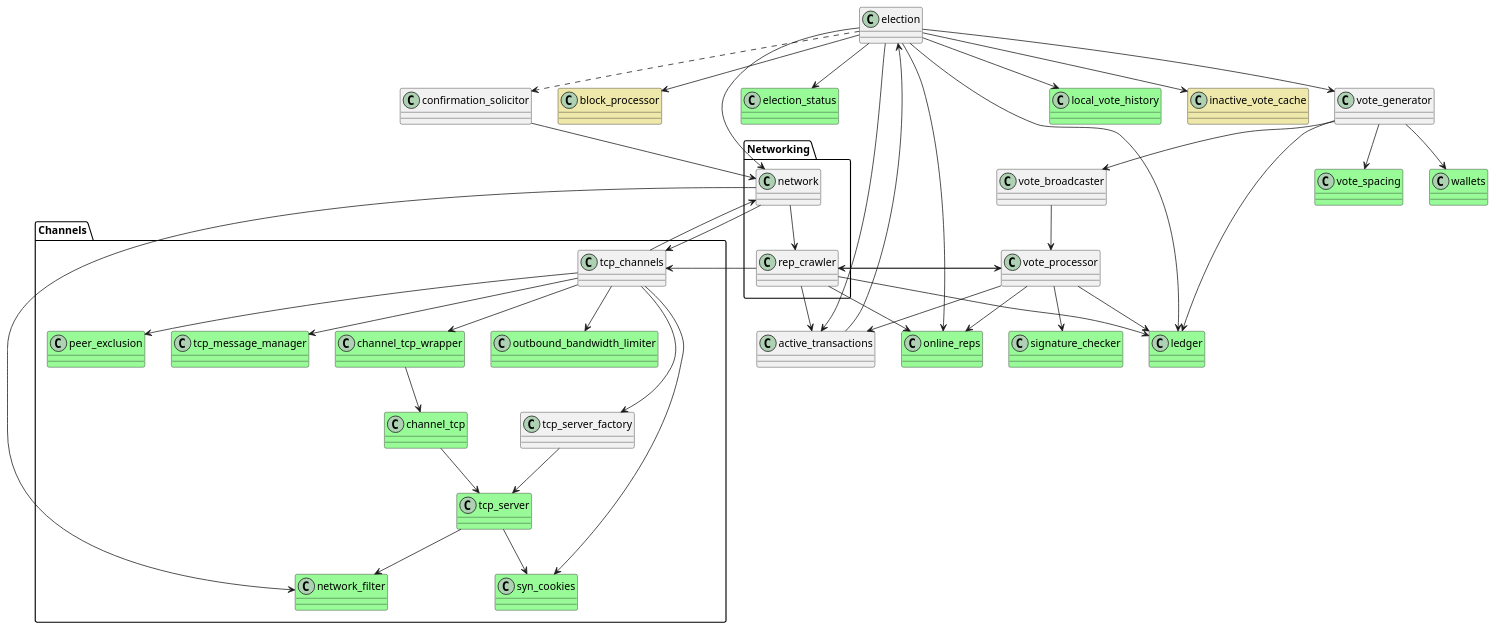
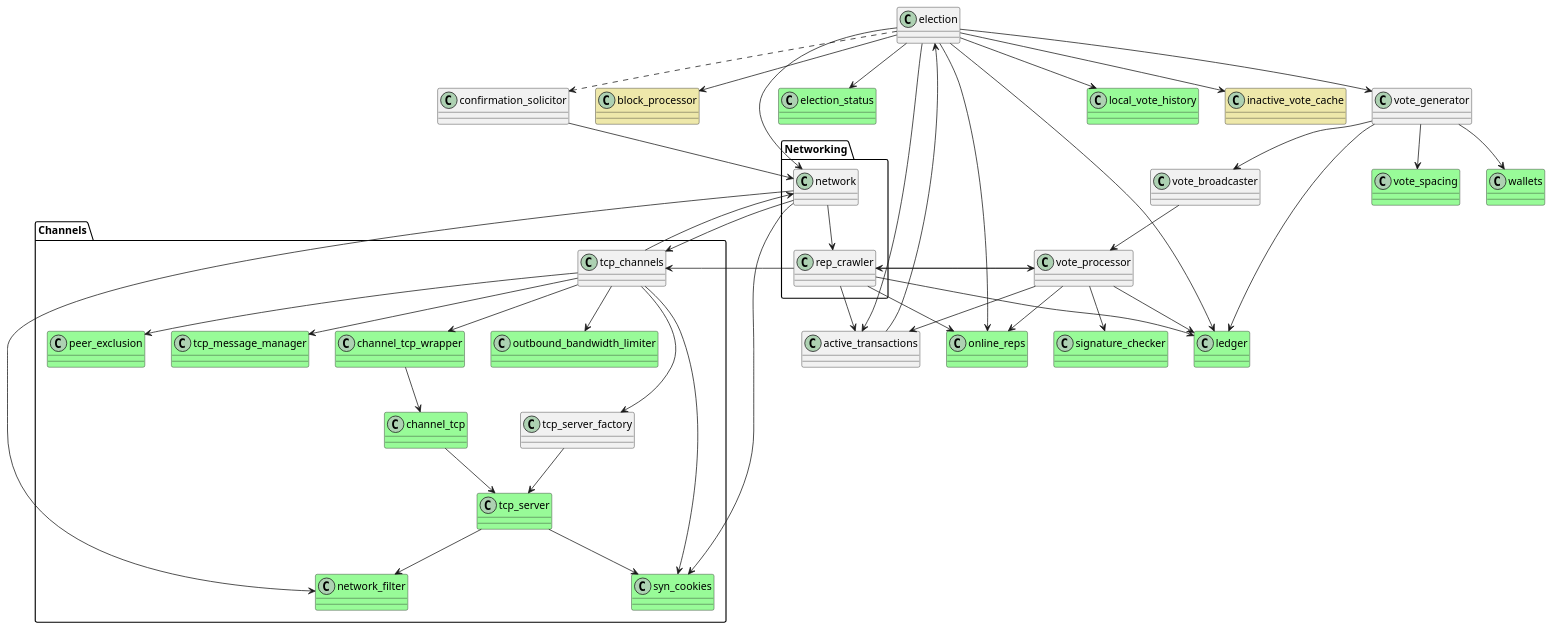
The diagram in rust/doc/port_blockprocessor.puml (stjet/rsban-node), drawn with PlantUML before and after one commit. The commit also changed 4 other files, not shown here.

```diff
--- a/rust/doc/port_blockprocessor.puml
+++ b/rust/doc/port_blockprocessor.puml
@@ -1,87 +1,88 @@
 @startuml "Port Blockprocessor"
 class block_processor #PaleGoldenRod
 class active_transactions
 class election
 class confirmation_solicitor
 class election_status #PaleGreen
 class online_reps #PaleGreen
 class ledger #PaleGreen
 class vote_generator
 class vote_broadcaster
 class vote_processor
 class vote_spacing #PaleGreen
 class wallets #PaleGreen
 class local_vote_history #PaleGreen
 class inactive_vote_cache #PaleGoldenRod
 class signature_checker #PaleGreen
 
 package "Networking"{
 class network
 class rep_crawler
 }
 
 package "Channels"{
 class peer_exclusion #PaleGreen
 class tcp_message_manager #PaleGreen
 class channel_tcp_wrapper #PaleGreen
 class channel_tcp #PaleGreen
 class outbound_bandwidth_limiter #PaleGreen
 class syn_cookies #PaleGreen
 class tcp_server #PaleGreen
 class tcp_channels
 class tcp_server_factory
 class network_filter #PaleGreen
 }
 
 active_transactions --> election
 confirmation_solicitor --> network
 
 election --> active_transactions
 election --> election_status
 election --> online_reps
 election --> ledger
 election --> block_processor
 election --> vote_generator
 election --> network
 election --> local_vote_history
 election --> inactive_vote_cache
 election ..> confirmation_solicitor
 
 vote_generator --> vote_broadcaster
 vote_broadcaster --> vote_processor
 vote_generator --> vote_spacing
 vote_generator --> ledger
 vote_generator --> wallets
 
 vote_processor --> signature_checker
 vote_processor --> active_transactions
 vote_processor --> online_reps
 vote_processor --> rep_crawler 
 vote_processor --> ledger
 
 rep_crawler --> tcp_channels
 rep_crawler --> online_reps
 rep_crawler --> ledger
 rep_crawler --> active_transactions
 rep_crawler --> vote_processor
 
 network --> network_filter
 network --> tcp_channels
 network --> rep_crawler
+network --> syn_cookies
 
 tcp_channels --> tcp_server_factory
 tcp_channels --> outbound_bandwidth_limiter
 tcp_channels --> syn_cookies
 tcp_channels --> network
 tcp_channels --> tcp_message_manager
 tcp_channels --> channel_tcp_wrapper
 tcp_channels --> peer_exclusion
 
 tcp_server_factory --> tcp_server
 tcp_server --> syn_cookies
 tcp_server --> network_filter
 
 channel_tcp_wrapper --> channel_tcp
 channel_tcp --> tcp_server
 
 @enduml
```
